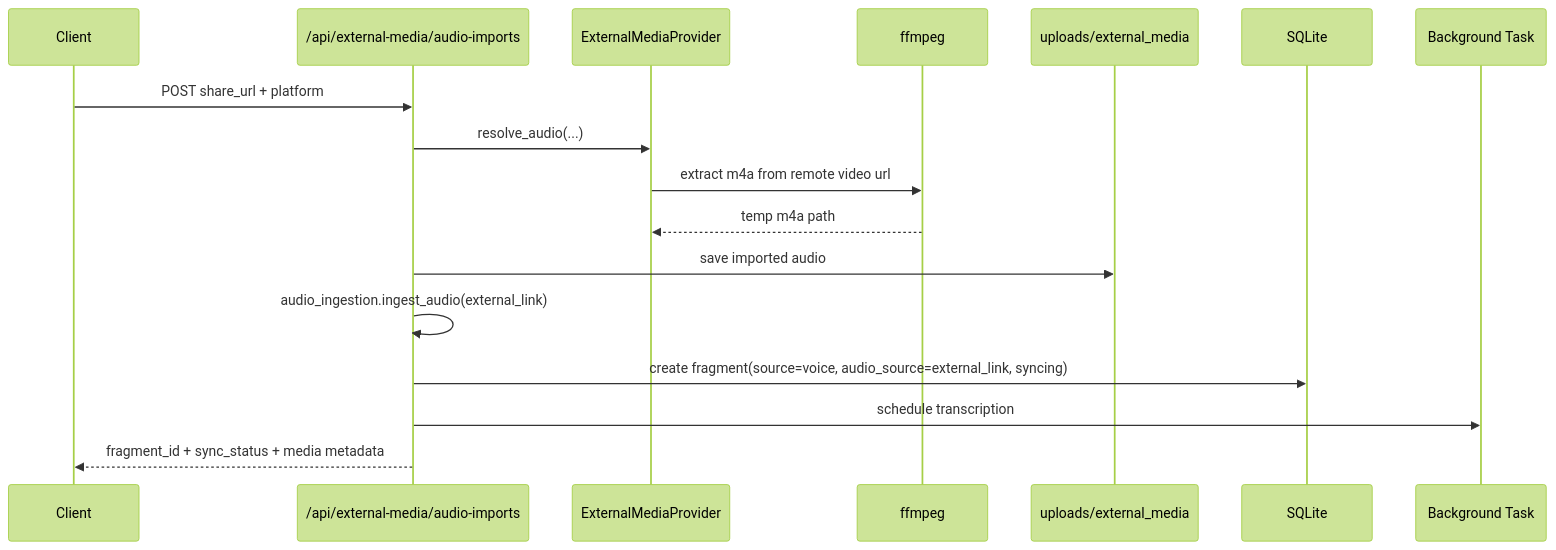
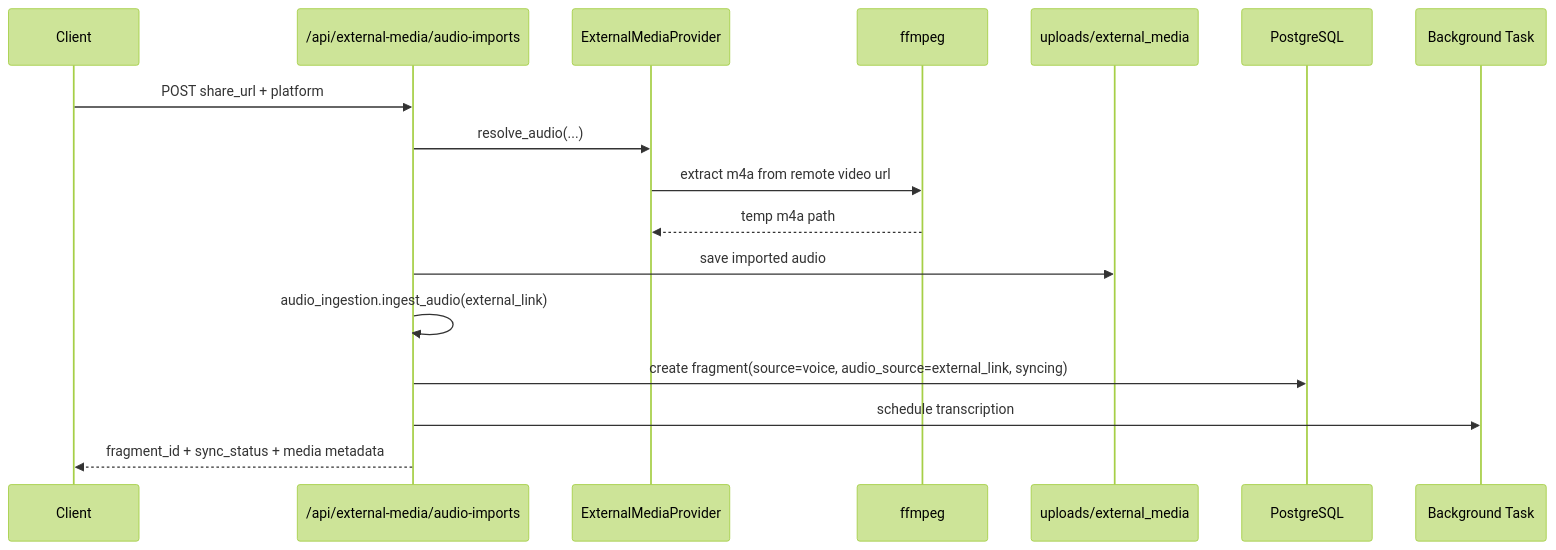
One commit to YCZA2/SparkFlow changed the fifth of 9 diagrams in memory-bank/architecture.md. Above: the diagram before and after it, drawn with Mermaid (forest theme). The commit also changed other lines of this file and 31 other files, not shown here.

````diff
--- a/memory-bank/architecture.md
+++ b/memory-bank/architecture.md
@@ -258,20 +265,20 @@
 ```mermaid
 sequenceDiagram
     participant App as Client
     participant API as /api/external-media/audio-imports
     participant Provider as ExternalMediaProvider
     participant FF as ffmpeg
     participant FS as uploads/external_media
-    participant DB as SQLite
+    participant DB as PostgreSQL
     participant BG as Background Task
 
     App->>API: POST share_url + platform
     API->>Provider: resolve_audio(...)
     Provider->>FF: extract m4a from remote video url
     FF-->>Provider: temp m4a path
     API->>FS: save imported audio
     API->>API: audio_ingestion.ingest_audio(external_link)
     API->>DB: create fragment(source=voice, audio_source=external_link, syncing)
     API->>BG: schedule transcription
     API-->>App: fragment_id + sync_status + media metadata
 ```
````
